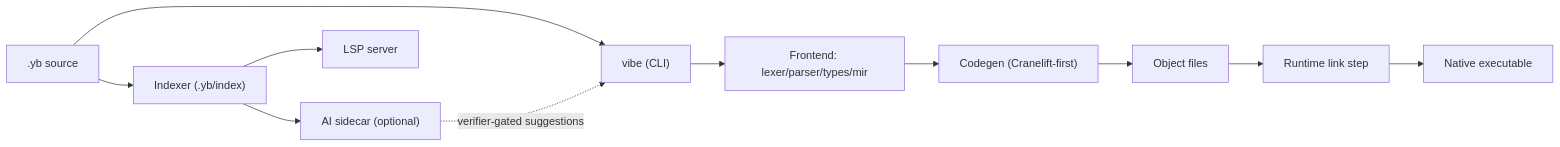
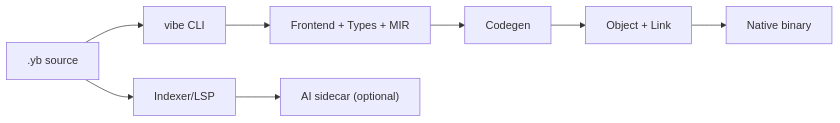
One commit to skhan75/Vibelang changed the diagram in README.md. Above: the diagram before and after it, drawn with Mermaid. The commit also changed other lines of this file and 1 other file, not shown here.

First line of the commit message:
Update README and development checklist for VibeLang

````diff
--- a/README.md
+++ b/README.md
@@ -70,14 +179,10 @@
 ```mermaid
 flowchart LR
-  A[".yb source"] --> B["vibe (CLI)"]
-  B --> C["Frontend: lexer/parser/types/mir"]
-  C --> D["Codegen (Cranelift-first)"]
-  D --> E["Object files"]
-  E --> F["Runtime link step"]
-  F --> G["Native executable"]
-
-  A --> H["Indexer (.yb/index)"]
-  H --> I["LSP server"]
-  H --> J["AI sidecar (optional)"]
-  J -. verifier-gated suggestions .-> B
+  A[".yb source"] --> B["vibe CLI"]
+  B --> C["Frontend + Types + MIR"]
+  C --> D["Codegen"]
+  D --> E["Object + Link"]
+  E --> F["Native binary"]
+  A --> G["Indexer/LSP"]
+  G --> H["AI sidecar (optional)"]
 ```
````
